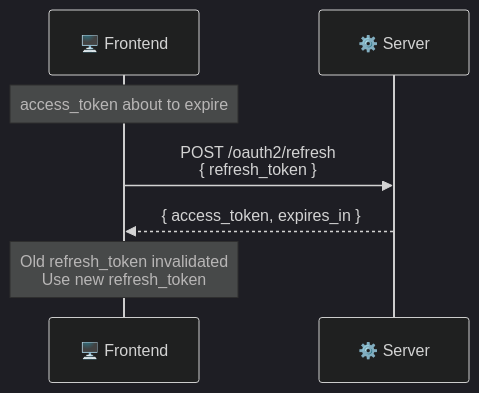
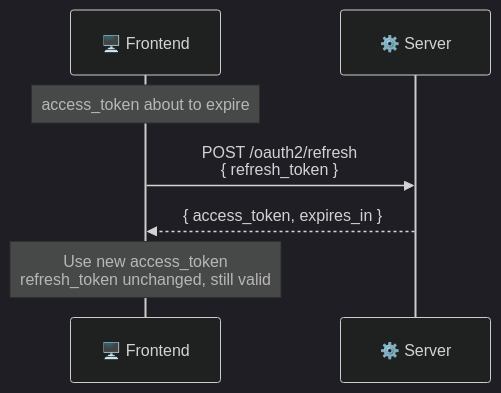
The second of 3 diagrams in src/content/docs/en/protocol/http-api.md (rtc-agent/docs), drawn with Mermaid (dark theme) before and after one commit. The commit also changed other lines of this file and 60 other files, not shown here.

First line of the commit message:
docs(site): refresh documentation with new sections and improved diagrams

````diff
--- a/src/content/docs/en/protocol/http-api.md
+++ b/src/content/docs/en/protocol/http-api.md
@@ -114,10 +114,10 @@
 ```mermaid
 sequenceDiagram
     participant FE as 🖥️ Frontend
     participant Server as ⚙️ Server
 
     Note over FE: access_token about to expire
     FE->>Server: POST /oauth2/refresh<br/>{ refresh_token }
     Server-->>FE: { access_token, expires_in }
-    Note over FE: Old refresh_token invalidated<br/>Use new refresh_token
+    Note over FE: Use new access_token<br/>refresh_token unchanged, still valid
 ```
````
